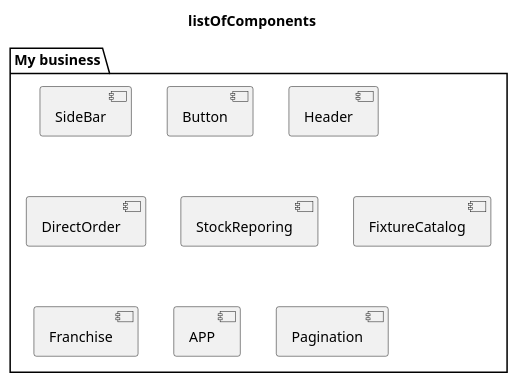
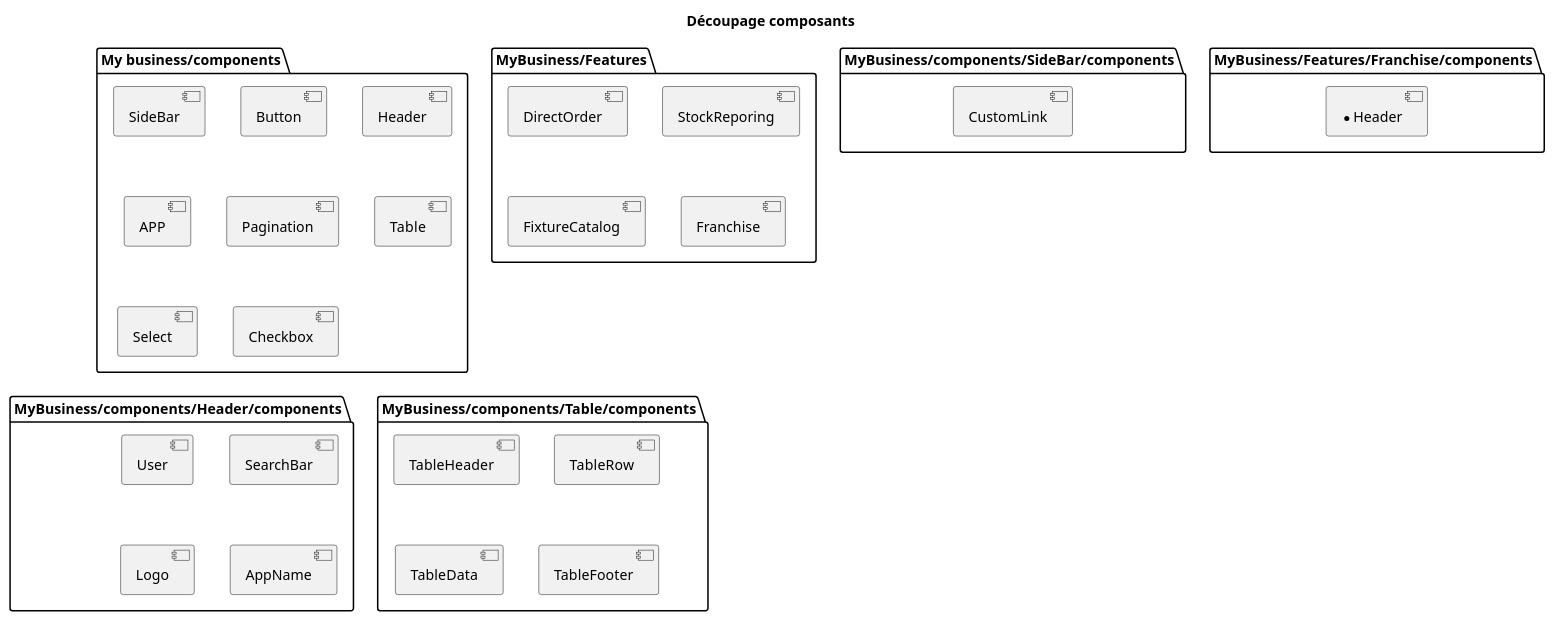
The diagram in listOfComponents.plantuml (samuelpoudroux/reactGuide), drawn with PlantUML before and after one commit. The commit also changed 6 other files, not shown here.

```diff
--- a/listOfComponents.plantuml
+++ b/listOfComponents.plantuml
@@ -1,16 +1,38 @@
 @startuml listOfComponents
-title listOfComponents
-skinparam Style strictuml
-skinparam SequenceMessageAlignment center
-package "My business" {
+title Découpage composants
+
+package "My business/components" {
   [SideBar] 
   [Button]
   [Header]
+  [APP]  
+  [Pagination]
+  [Table]
+  [Select]
+  [Checkbox]
+}
+package "MyBusiness/Features" {
   [DirectOrder]
   [StockReporing]
   [FixtureCatalog]
-  [Franchise]
-  [APP]  
-  [Pagination]
+  [Franchise] 
+}
+package "MyBusiness/components/Header/components" {
+  [User]
+  [SearchBar]
+  [Logo]
+  [AppName]
+}
+package "MyBusiness/components/SideBar/components" {
+  [CustomLink]
+}
+package "MyBusiness/components/Table/components" {
+  [TableHeader]
+  [TableRow]
+  [TableData]
+  [TableFooter]
+}
+package "MyBusiness/Features/Franchise/components" {
+  [*Header]
 }
 @enduml
```
